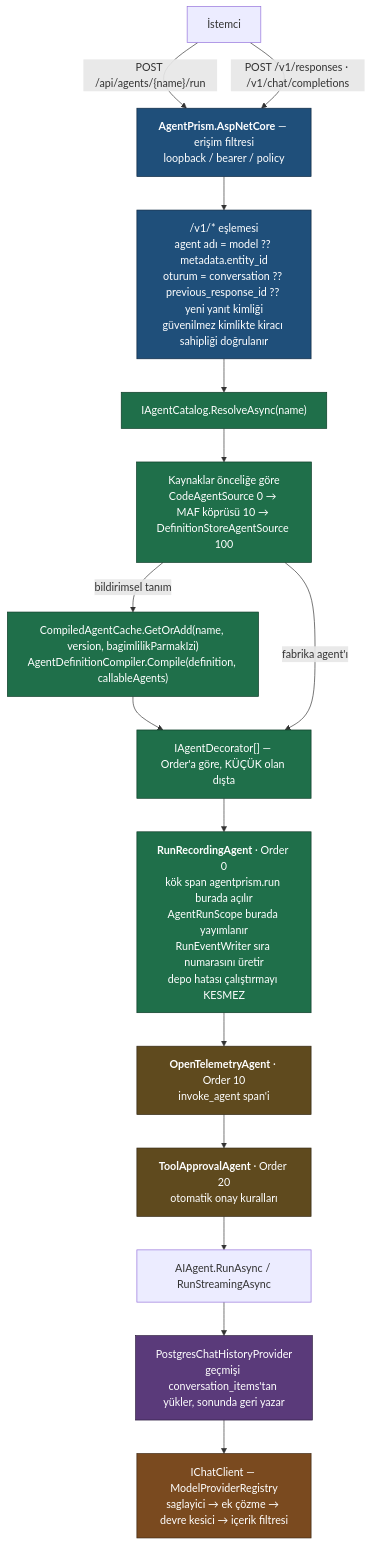
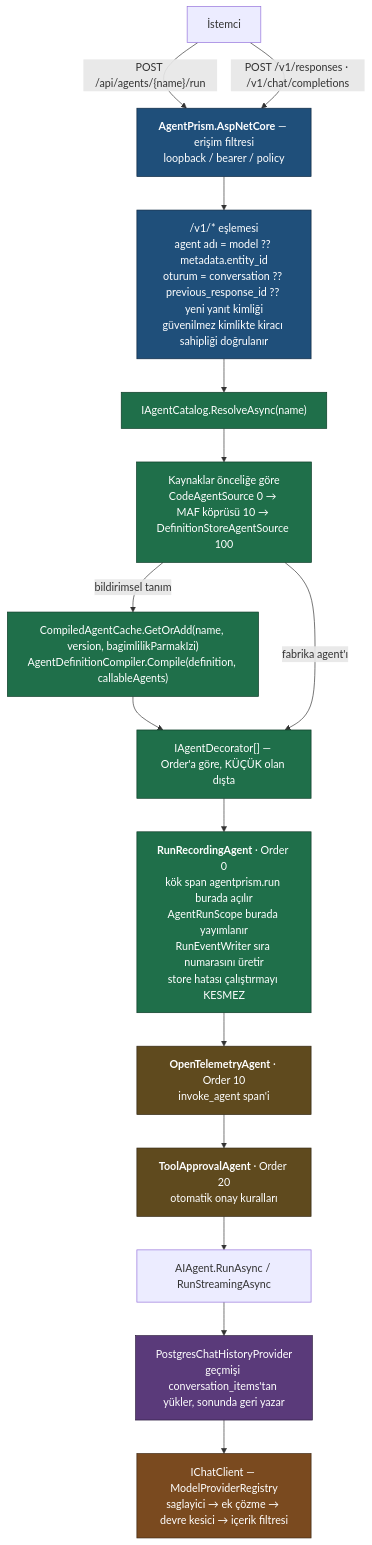
The fourth of 11 diagrams in docs/MIMARI.md (farukatasoy/Tracon), drawn with Mermaid before and after one commit. The commit also changed other lines of this file and 42 other files, not shown here.

````diff
--- a/docs/MIMARI.md
+++ b/docs/MIMARI.md
@@ -289,35 +289,35 @@
 ```mermaid
 flowchart TD
     C["İstemci"]
     H["<b>AgentPrism.AspNetCore</b> — erişim filtresi<br/>loopback / bearer / policy"]
     V1["/v1/* eşlemesi<br/>agent adı = model ?? metadata.entity_id<br/>oturum = conversation ?? previous_response_id ?? yeni yanıt kimliği<br/>güvenilmez kimlikte kiracı sahipliği doğrulanır"]
     R["IAgentCatalog.ResolveAsync(name)"]
     SRC["Kaynaklar önceliğe göre<br/>CodeAgentSource 0 → MAF köprüsü 10 → DefinitionStoreAgentSource 100"]
     COMP["CompiledAgentCache.GetOrAdd(name, version, bagimlilikParmakIzi)<br/>AgentDefinitionCompiler.Compile(definition, callableAgents)"]
     DEC["IAgentDecorator[] — Order'a göre, KÜÇÜK olan dışta"]
-    REC["<b>RunRecordingAgent</b> · Order 0<br/>kök span agentprism.run burada açılır<br/>AgentRunScope burada yayımlanır<br/>RunEventWriter sıra numarasını üretir<br/>depo hatası çalıştırmayı KESMEZ"]
+    REC["<b>RunRecordingAgent</b> · Order 0<br/>kök span agentprism.run burada açılır<br/>AgentRunScope burada yayımlanır<br/>RunEventWriter sıra numarasını üretir<br/>store hatası çalıştırmayı KESMEZ"]
     OTEL["<b>OpenTelemetryAgent</b> · Order 10<br/>invoke_agent span'i"]
     APR["<b>ToolApprovalAgent</b> · Order 20<br/>otomatik onay kuralları"]
     RUN["AIAgent.RunAsync / RunStreamingAsync"]
     CHP["PostgresChatHistoryProvider<br/>geçmişi conversation_items'tan yükler, sonunda geri yazar"]
     LLM["IChatClient — ModelProviderRegistry<br/>saglayici → ek çözme → devre kesici → içerik filtresi"]
 
     C -->|"POST /api/agents/{name}/run"| H
     C -->|"POST /v1/responses · /v1/chat/completions"| H
     H --> V1 --> R --> SRC
     SRC -->|"bildirimsel tanım"| COMP --> DEC
     SRC -->|"fabrika agent'ı"| DEC
     DEC --> REC --> OTEL --> APR --> RUN
     RUN --> CHP --> LLM
 
     classDef faz4 fill:#1f4f7a,stroke:#0d2740,color:#ffffff
     classDef faz1 fill:#1f6f4a,stroke:#0d3b27,color:#ffffff
     classDef faz2 fill:#5a3a7a,stroke:#2c1c3d,color:#ffffff
     classDef faz3 fill:#7a4a1f,stroke:#3d250f,color:#ffffff
     class H,V1 faz4
     classDef faz6 fill:#5f4a1e,stroke:#302510,color:#ffffff
     class R,SRC,COMP,DEC,REC faz1
     class CHP faz2
     class LLM faz3
     class OTEL,APR faz6
 ```
````
